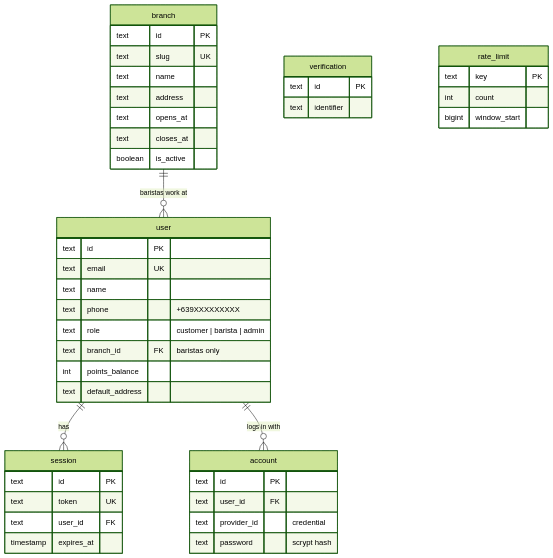
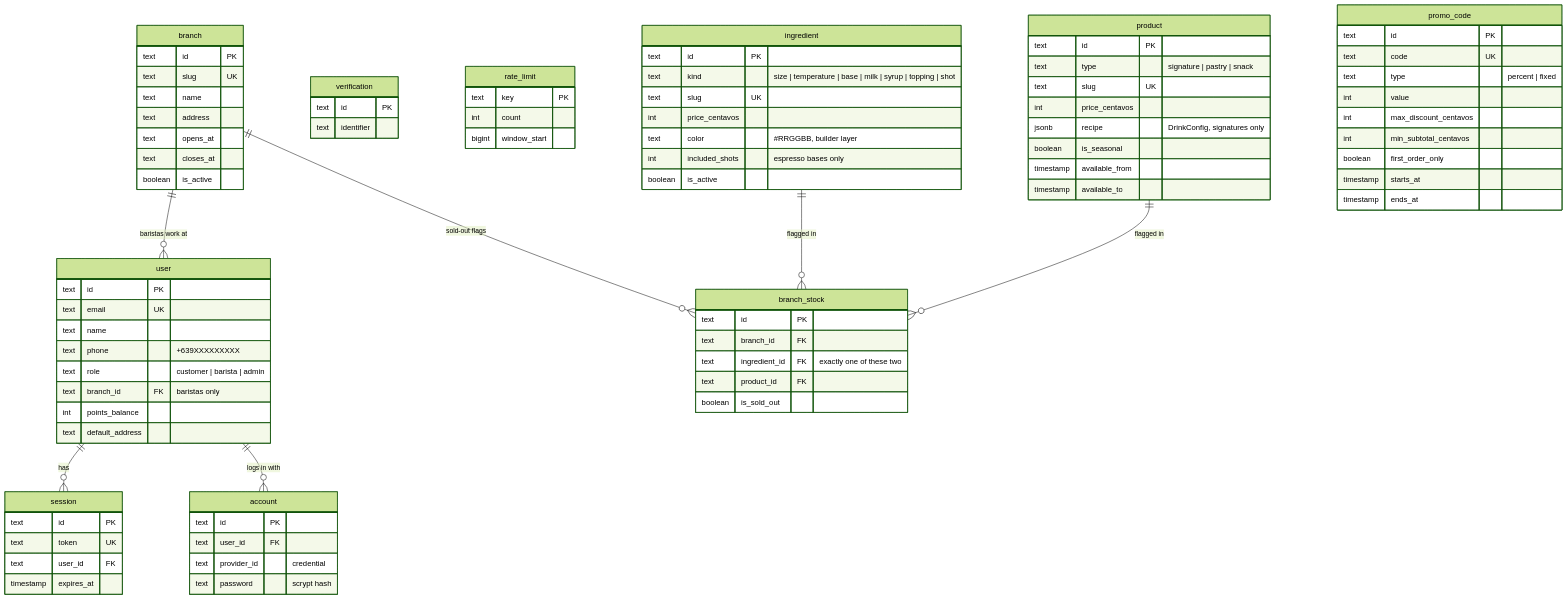
One commit to jrcbrr/hermes-express changed the second of 2 diagrams in docs/ARCHITECTURE.md. Above: the diagram before and after it, drawn with Mermaid (forest theme). The commit also changed other lines of this file and 3 other files, not shown here.

````diff
--- a/docs/ARCHITECTURE.md
+++ b/docs/ARCHITECTURE.md
@@ -167,4 +179,44 @@
     int count
     bigint window_start
   }
+  branch ||--o{ branch_stock : "sold-out flags"
+  ingredient ||--o{ branch_stock : "flagged in"
+  product ||--o{ branch_stock : "flagged in"
+  ingredient {
+    text id PK
+    text kind "size | temperature | base | milk | syrup | topping | shot"
+    text slug UK
+    int price_centavos
+    text color "#RRGGBB, builder layer"
+    int included_shots "espresso bases only"
+    boolean is_active
+  }
+  product {
+    text id PK
+    text type "signature | pastry | snack"
+    text slug UK
+    int price_centavos
+    jsonb recipe "DrinkConfig, signatures only"
+    boolean is_seasonal
+    timestamp available_from
+    timestamp available_to
+  }
+  branch_stock {
+    text id PK
+    text branch_id FK
+    text ingredient_id FK "exactly one of these two"
+    text product_id FK
+    boolean is_sold_out
+  }
+  promo_code {
+    text id PK
+    text code UK
+    text type "percent | fixed"
+    int value
+    int max_discount_centavos
+    int min_subtotal_centavos
+    boolean first_order_only
+    timestamp starts_at
+    timestamp ends_at
+  }
 ```
````
